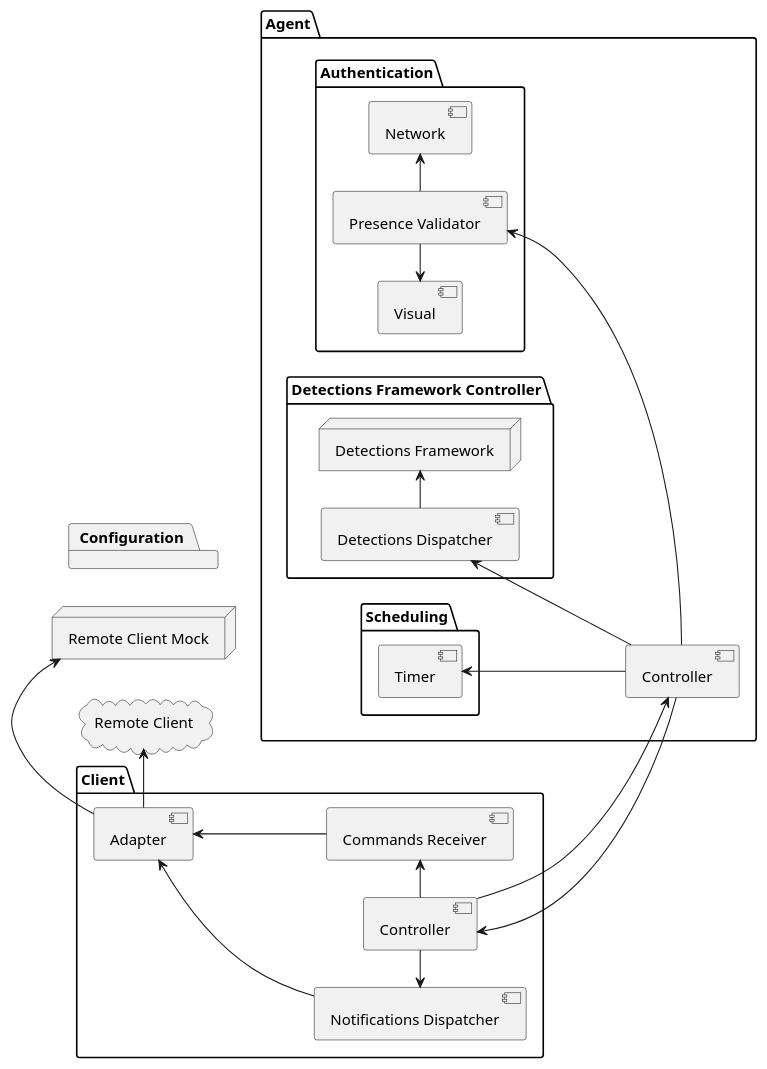
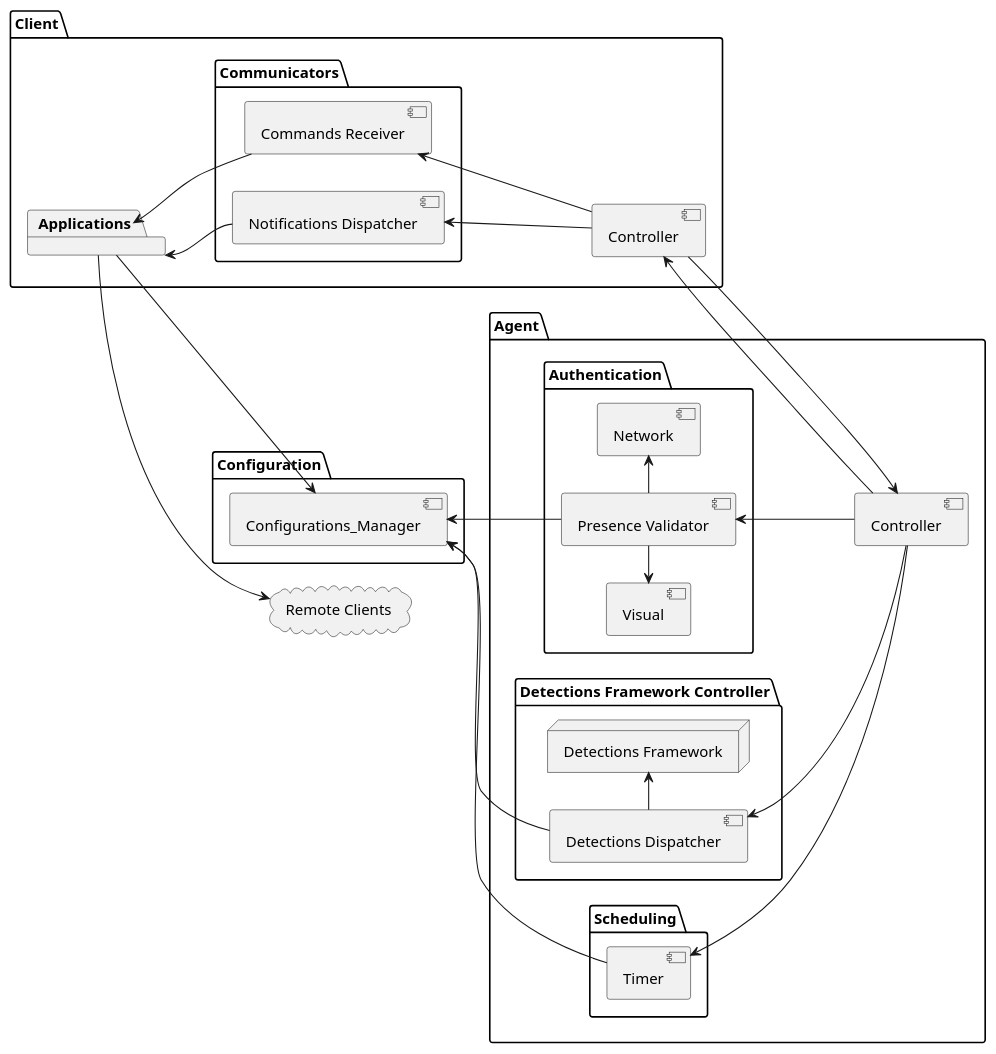
The diagram in docs/components.puml (saratoga8/motion_notifier), drawn with PlantUML before and after one commit.

Commit message:
docs:  - updated

```diff
--- a/docs/components.puml
+++ b/docs/components.puml
@@ -1,59 +1,61 @@
 @startuml
 'https://plantuml.com/component-diagram
 
 left to right direction
 
 package "Agent" {
     [Controller] as Agent_Controller
     package "Authentication" {
       [Presence Validator]
       [Network]
       [Visual]
     }
 
     package "Detections Framework Controller" {
       [Detections Dispatcher] -> "Detections Framework"
     }
 
     node "Detections Framework" {
     }
 
     package "Scheduling" {
       [Timer]
     }
 }
 
 
 package "Client" {
     [Controller] as Client_Controller
-    [Notifications Dispatcher]
-    [Commands Receiver]
-    [Adapter]
+    package Communicators {
+        [Notifications Dispatcher]
+        [Commands Receiver]
+    }
+    package Applications {
+    }
 }
 
 package Configuration {
+    [Configurations_Manager]
 }
 
-cloud "Remote Client" {
+cloud "Remote Clients" {
 }
 
-node "Remote Client Mock" {
-}
-
-
-
-[Adapter] <-- [Notifications Dispatcher]
-[Adapter] <-- [Commands Receiver]
-[Adapter] -> "Remote Client"
-[Adapter] -> "Remote Client Mock"
+[Applications] <-- [Notifications Dispatcher]
+[Applications] <-- [Commands Receiver]
+[Applications] -> [Configurations_Manager]
+[Applications] --> "Remote Clients"
 Client_Controller <- Agent_Controller
 Client_Controller --> Agent_Controller
 [Presence Validator] <-- Agent_Controller
+[Configurations_Manager] <-- [Presence Validator]
+[Timer] -> [Configurations_Manager]
 [Detections Dispatcher] <-- Agent_Controller
+[Configurations_Manager] <- [Detections Dispatcher]
 [Timer] <-- Agent_Controller
 Client_Controller -> [Commands Receiver]
-[Notifications Dispatcher] <- Client_Controller
+[Notifications Dispatcher] <-- Client_Controller
 [Presence Validator] -> [Network]
 [Visual] <- [Presence Validator]
 
 @enduml
```
